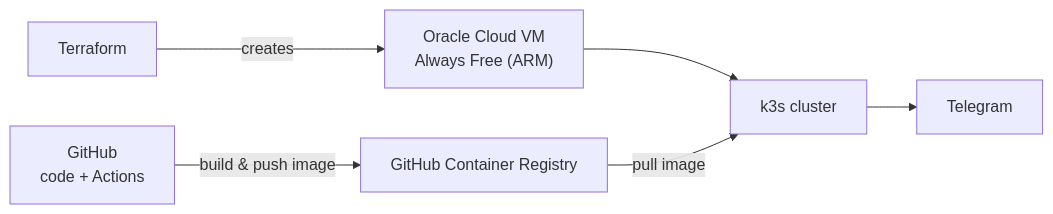
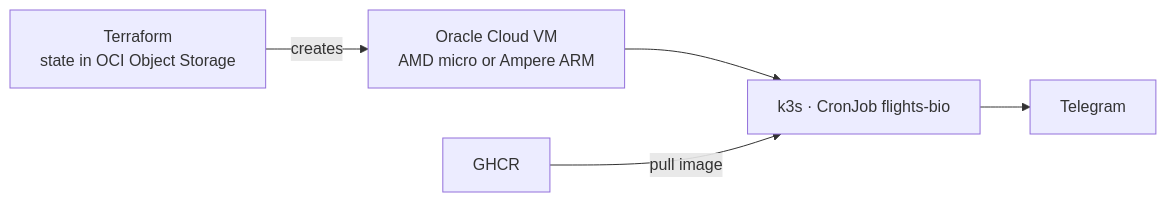
One commit to borjaviadero/bilbao-flight-deals changed the third of 3 diagrams in docs/architecture.md. Above: the diagram before and after it, drawn with Mermaid. The commit also changed other lines of this file and 1 other file, not shown here.

````diff
--- a/docs/architecture.md
+++ b/docs/architecture.md
@@ -51,8 +62,7 @@
 ```mermaid
 flowchart LR
-    GH["GitHub<br/>code + Actions"] -->|build & push image| GHCR["GitHub Container Registry"]
-    TF["Terraform"] -->|creates| VM["Oracle Cloud VM<br/>Always Free (ARM)"]
-    VM --> K3S["k3s cluster"]
-    GHCR -->|pull image| K3S
+    TF["Terraform<br/>state in OCI Object Storage"] -->|creates| VM["Oracle Cloud VM<br/>AMD micro or Ampere ARM"]
+    VM --> K3S["k3s · CronJob flights-bio"]
+    GHCR["GHCR"] -->|pull image| K3S
     K3S --> TGAPI["Telegram"]
 ```
````
